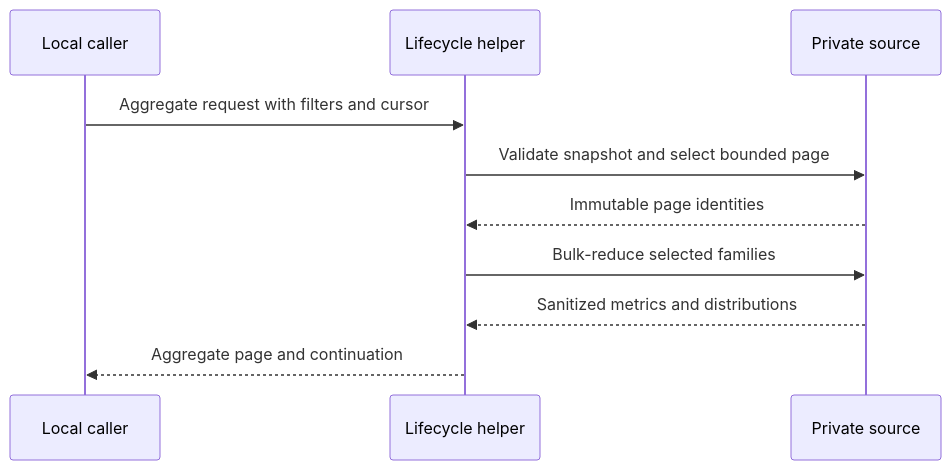
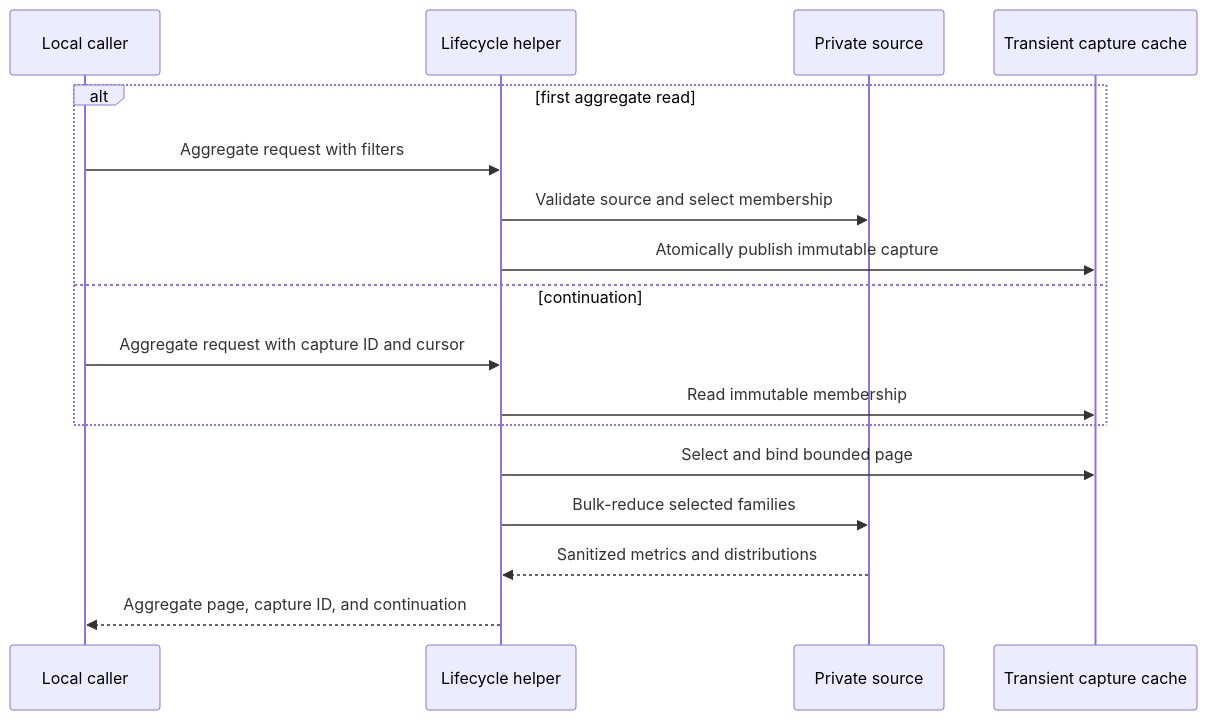
One commit to Saltiola7/dotfiles-ai changed the first of 3 diagrams in docs/specs/dbsctr_v3_lifecycle/features/history-incident-query-performance.md. Above: the diagram before and after it, drawn with Mermaid. The commit also changed other lines of this file and 5 other files, not shown here.

````diff
--- a/docs/specs/dbsctr_v3_lifecycle/features/history-incident-query-performance.md
+++ b/docs/specs/dbsctr_v3_lifecycle/features/history-incident-query-performance.md
@@ -111,14 +288,21 @@
 ```mermaid
 sequenceDiagram
     accTitle: Page-first History reduction
-    accDescr: The lifecycle helper validates one immutable snapshot and selects a bounded page before bulk-reducing only that page and returning aggregate evidence without candidate identities.
+    accDescr: A first aggregate read creates or reuses one immutable capture, while continuation reads use that capture without rescanning the live source; both bind a page before bulk reduction.
     participant C as Local caller
     participant H as Lifecycle helper
     participant S as Private source
-    C->>H: Aggregate request with filters and cursor
-    H->>S: Validate snapshot and select bounded page
-    S-->>H: Immutable page identities
+    participant K as Transient capture cache
+    alt first aggregate read
+        C->>H: Aggregate request with filters
+        H->>S: Validate source and select membership
+        H->>K: Atomically publish immutable capture
+    else continuation
+        C->>H: Aggregate request with capture ID and cursor
+        H->>K: Read immutable membership
+    end
+    H->>K: Select and bind bounded page
     H->>S: Bulk-reduce selected families
     S-->>H: Sanitized metrics and distributions
-    H-->>C: Aggregate page and continuation
+    H-->>C: Aggregate page, capture ID, and continuation
 ```
````
